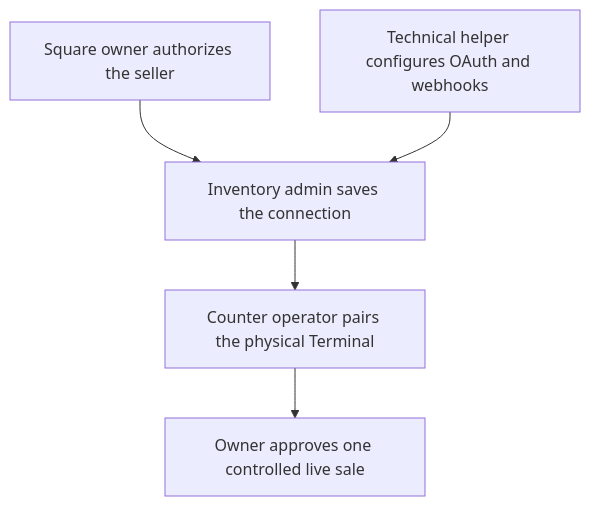
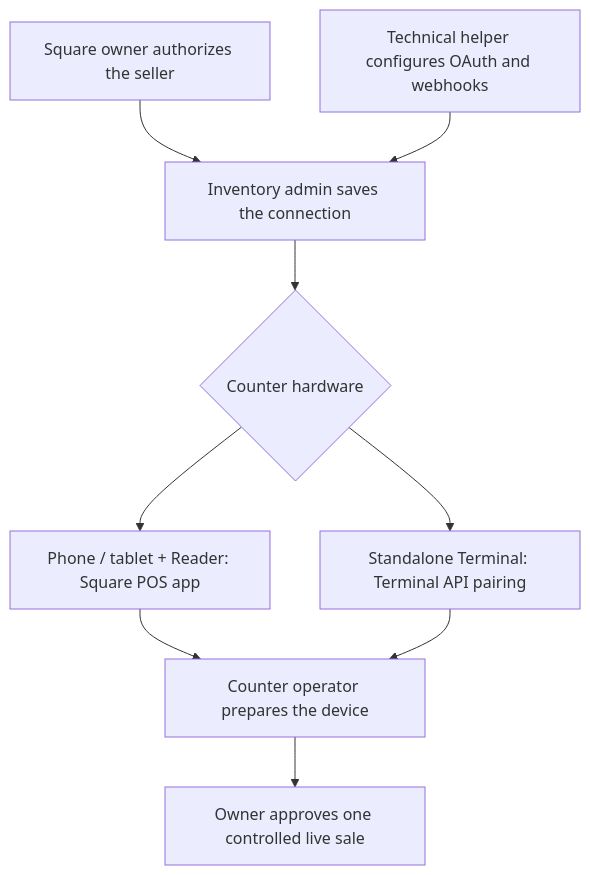
Before and after one commit to mad-code333/tuturu: the first of 2 diagrams in apps/docs/platform/applications/inventory-square-pos/customer-setup.mdx, drawn with Mermaid. The commit also changed other lines of this file and 51 other files, not shown here.

Commit message:
feat(inventory): support Square POS app payments

````diff
--- a/apps/docs/platform/applications/inventory-square-pos/customer-setup.mdx
+++ b/apps/docs/platform/applications/inventory-square-pos/customer-setup.mdx
@@ -28,7 +28,11 @@
 ```mermaid
 flowchart TD
   Owner["Square owner authorizes the seller"] --> Admin["Inventory admin saves the connection"]
   Helper["Technical helper configures OAuth and webhooks"] --> Admin
-  Admin --> Operator["Counter operator pairs the physical Terminal"]
+  Admin --> Choice{"Counter hardware"}
+  Choice --> Reader["Phone / tablet + Reader: Square POS app"]
+  Choice --> Terminal["Standalone Terminal: Terminal API pairing"]
+  Reader --> Operator["Counter operator prepares the device"]
+  Terminal --> Operator
   Operator --> Gate["Owner approves one controlled live sale"]
 ```
````
